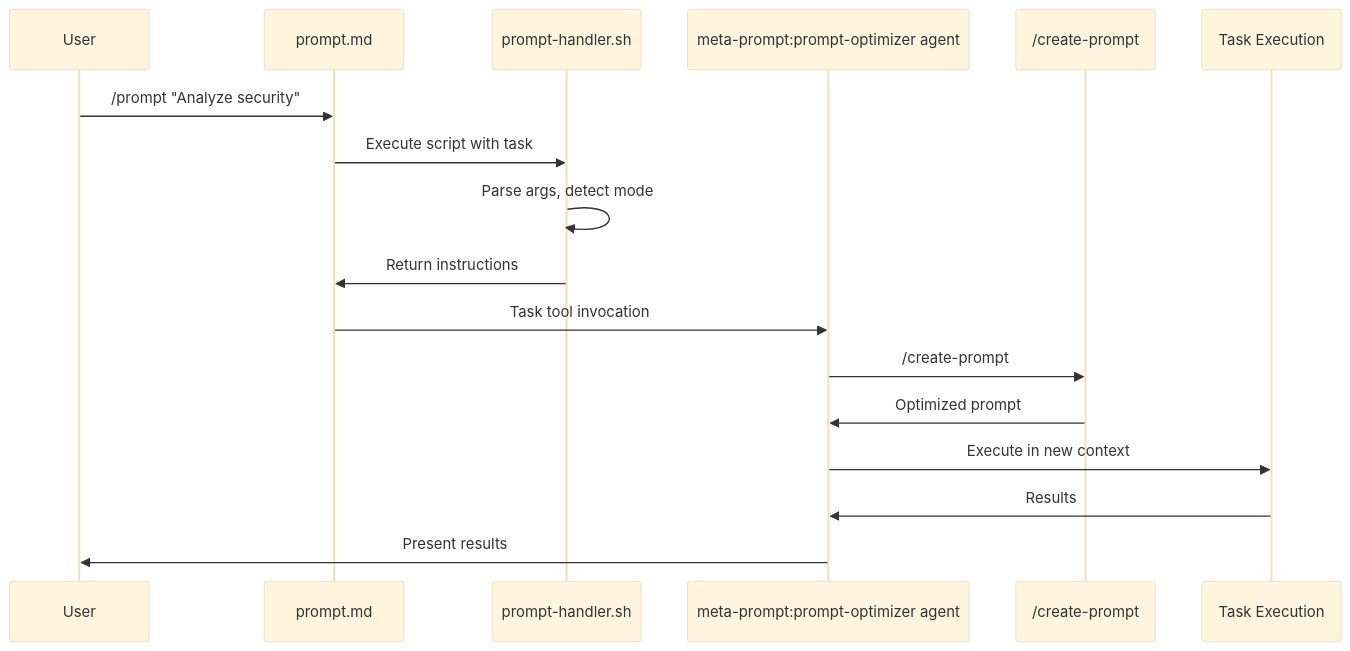
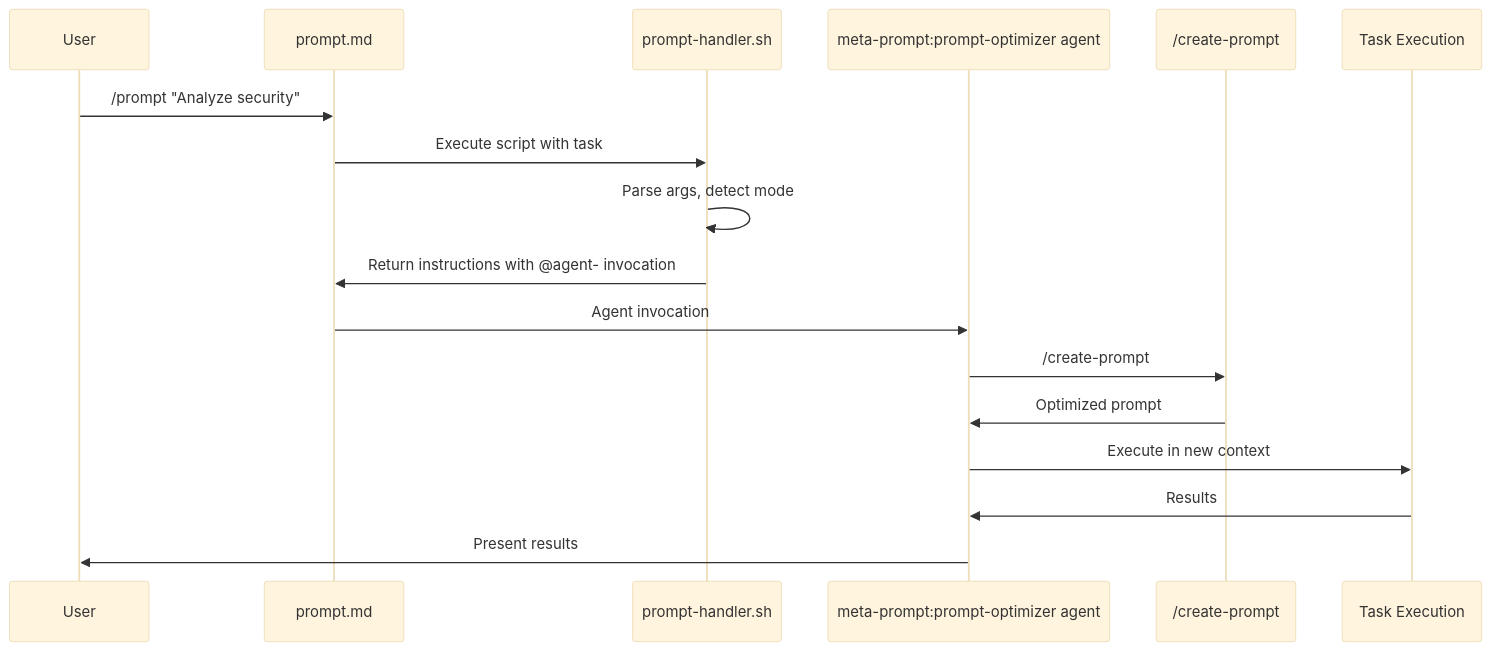
Before and after one commit to jtsylve/claude-experiments: the second of 5 diagrams in meta-prompt/docs/architecture-overview.md, drawn with Mermaid (base theme). The commit also changed other lines of this file and 17 other files, not shown here.

````diff
--- a/meta-prompt/docs/architecture-overview.md
+++ b/meta-prompt/docs/architecture-overview.md
@@ -276,20 +276,20 @@
 ```mermaid
 sequenceDiagram
     participant User
     participant PromptMD as prompt.md
     participant Handler as prompt-handler.sh
     participant Optimizer as meta-prompt:prompt-optimizer agent
     participant CreatePrompt as /create-prompt
     participant Task as Task Execution
 
     User->>PromptMD: /prompt "Analyze security"
     PromptMD->>Handler: Execute script with task
     Handler->>Handler: Parse args, detect mode
-    Handler->>PromptMD: Return instructions
-    PromptMD->>Optimizer: Task tool invocation
+    Handler->>PromptMD: Return instructions with @agent- invocation
+    PromptMD->>Optimizer: Agent invocation
     Optimizer->>CreatePrompt: /create-prompt
     CreatePrompt->>Optimizer: Optimized prompt
     Optimizer->>Task: Execute in new context
     Task->>Optimizer: Results
     Optimizer->>User: Present results
 ```
````
